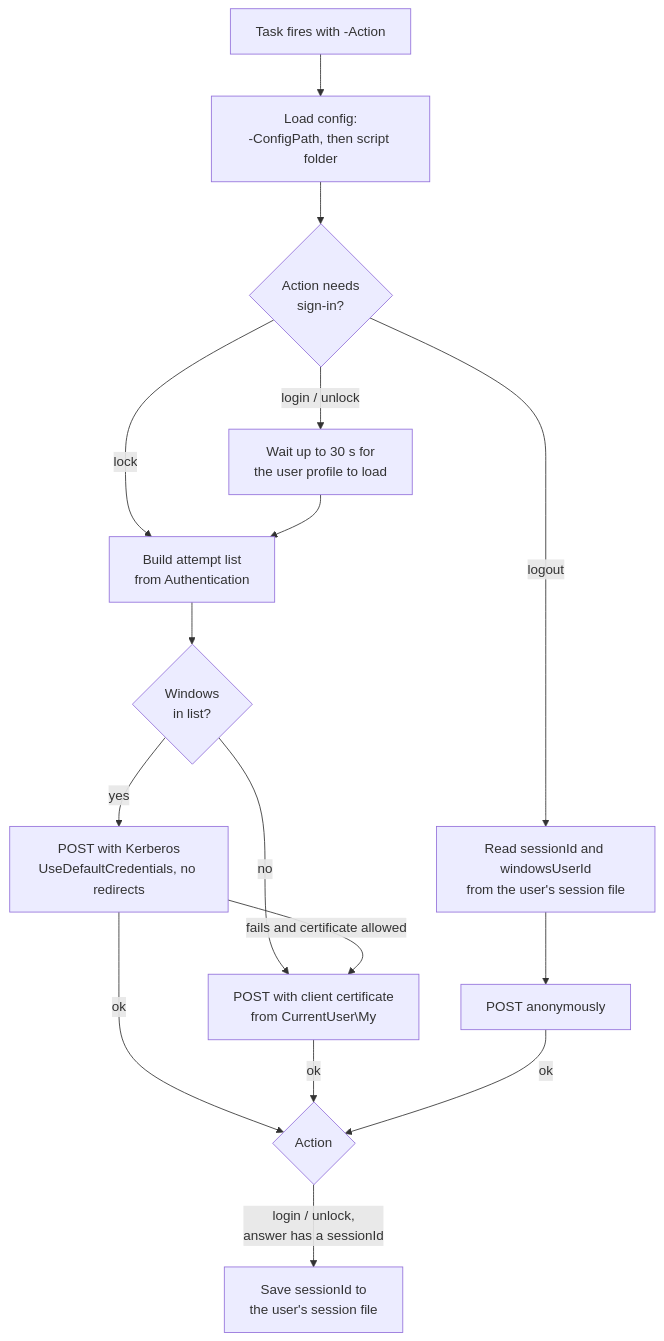
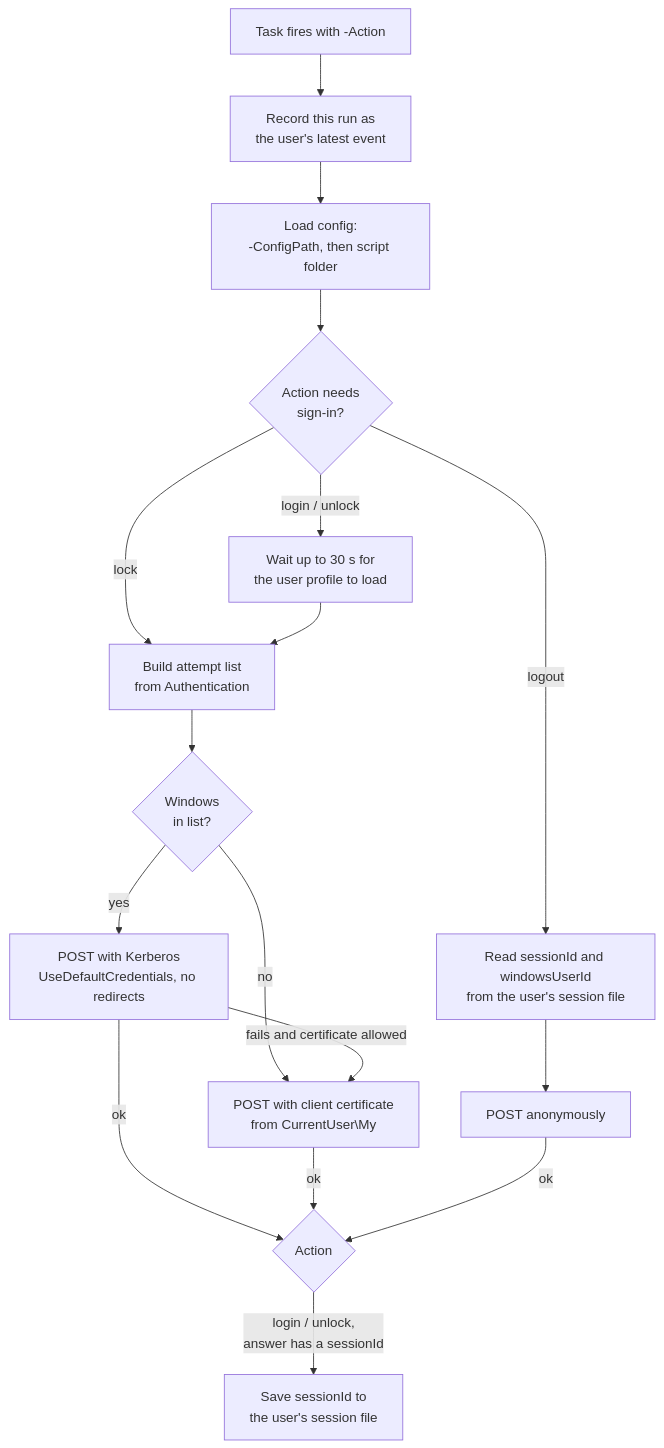
Before and after one commit to winllc/ens-apps-documentation: the diagram in docs/readyroom/windows-client.md, drawn with Mermaid. The commit also changed other lines of this file and 14 other files, not shown here.

````diff
--- a/docs/readyroom/windows-client.md
+++ b/docs/readyroom/windows-client.md
@@ -41,18 +45,19 @@
 ```mermaid
 flowchart TD
-    A[Task fires with -Action] --> B[Load config:<br/>-ConfigPath, then script folder]
+    A[Task fires with -Action] --> A2[Record this run as<br/>the user's latest event]
+    A2 --> B[Load config:<br/>-ConfigPath, then script folder]
     B --> C{Action needs<br/>sign-in?}
     C -- "login / unlock" --> D[Wait up to 30 s for<br/>the user profile to load]
     C -- lock --> E
     D --> E[Build attempt list<br/>from Authentication]
     E --> F{Windows<br/>in list?}
     F -- yes --> G[POST with Kerberos<br/>UseDefaultCredentials, no redirects]
     F -- no --> H
     G -- fails and certificate allowed --> H[POST with client certificate<br/>from CurrentUser\My]
     C -- logout --> I[Read sessionId and windowsUserId<br/>from the user's session file]
     I --> J[POST anonymously]
     G -- ok --> K
     H -- ok --> K{Action}
     J -- ok --> K
     K -- "login / unlock,<br/>answer has a sessionId" --> L[Save sessionId to<br/>the user's session file]
 ```
````
